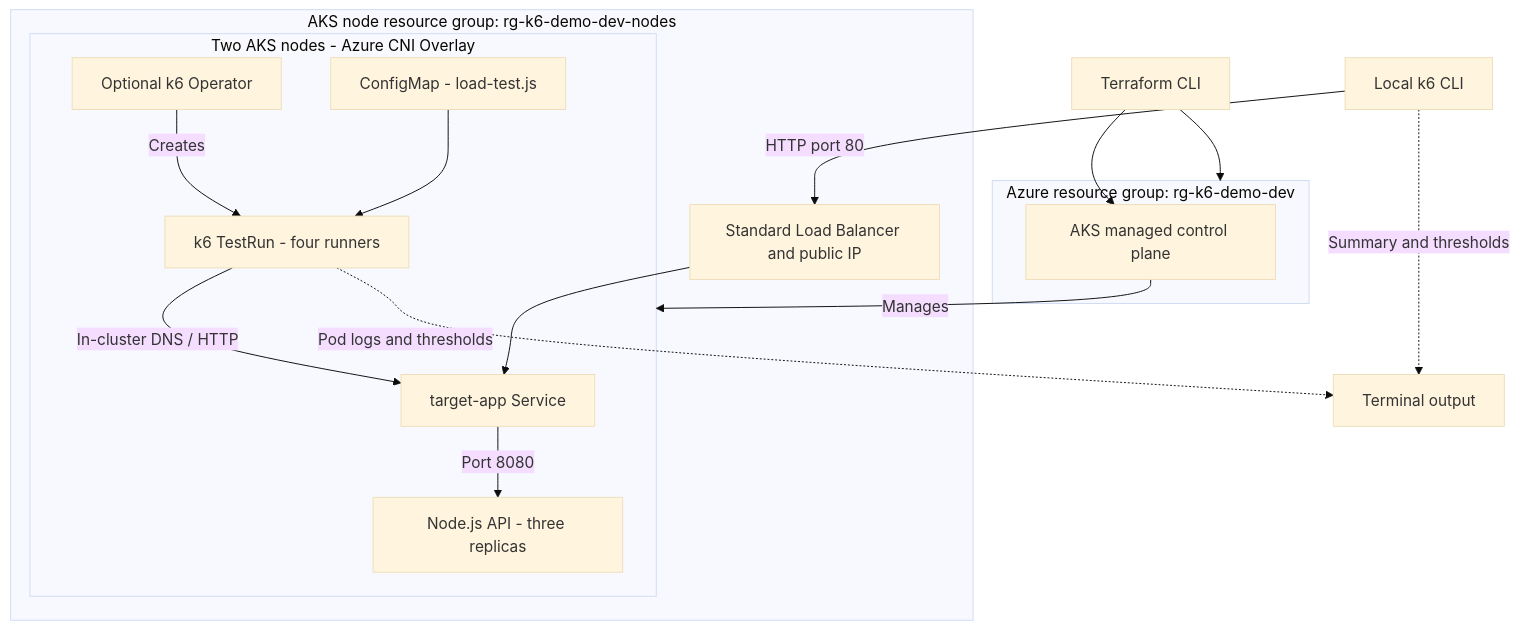
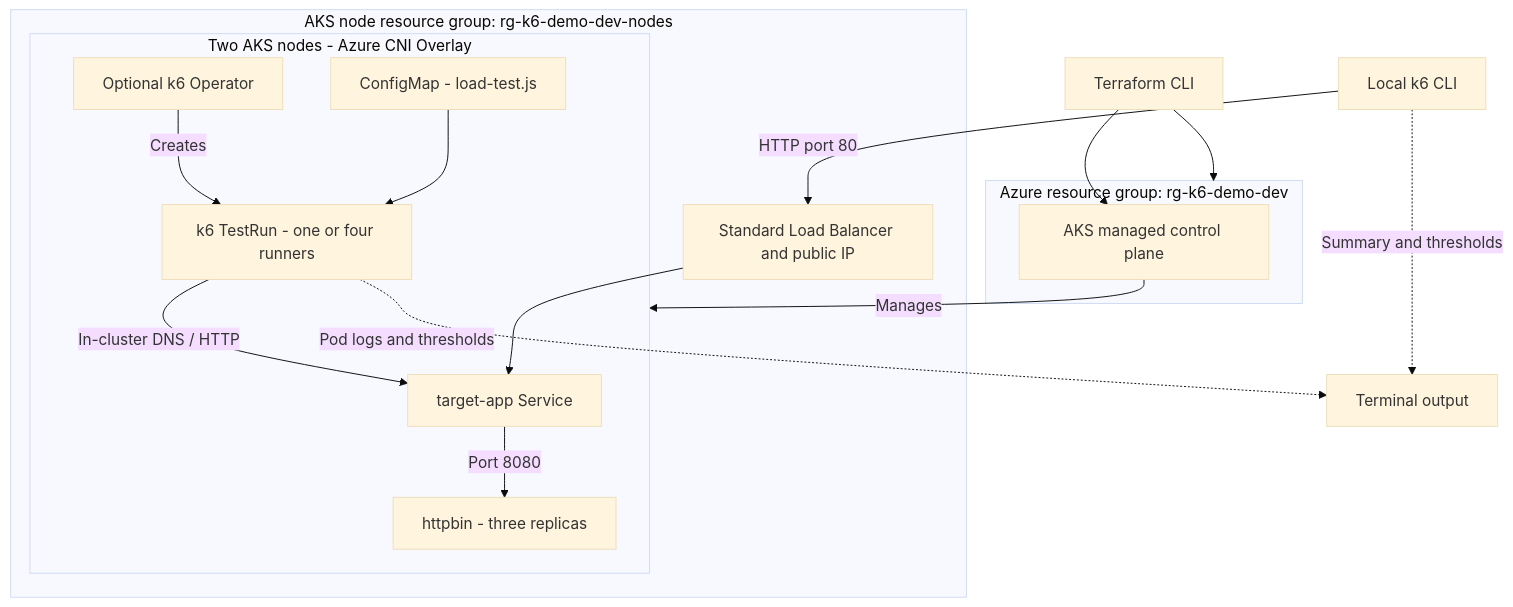
The diagram in AKS-K6-Load-Testing/README.md (kasunsjc/Code-Snippets), drawn with Mermaid (base theme) before and after one commit. The commit also changed other lines of this file and 4 other files, not shown here.

Commit message:
Refactor AKS K6 Load Testing setup: replace Node.js API with httpbin, enhance load test scripts, and update README for clarity and accuracy

````diff
--- a/AKS-K6-Load-Testing/README.md
+++ b/AKS-K6-Load-Testing/README.md
@@ -15,27 +15,27 @@
 ```mermaid
 flowchart TB
   Terraform[Terraform CLI] --> RG
   Terraform --> AKS
   Local[Local k6 CLI] -->|HTTP port 80| LB
   subgraph RG[Azure resource group: rg-k6-demo-dev]
     AKS[AKS managed control plane]
   end
   AKS -->|Manages| Nodes
   subgraph NRG[AKS node resource group: rg-k6-demo-dev-nodes]
     LB[Standard Load Balancer and public IP]
     subgraph Nodes[Two AKS nodes - Azure CNI Overlay]
       Service[target-app Service]
-      API[Node.js API - three replicas]
+      API[httpbin - three replicas]
       Operator[Optional k6 Operator]
-      Runners[k6 TestRun - four runners]
+      Runners[k6 TestRun - one or four runners]
       Config[ConfigMap - load-test.js]
     end
   end
   LB --> Service
   Service -->|Port 8080| API
   Operator -->|Creates| Runners
   Config --> Runners
   Runners -->|In-cluster DNS / HTTP| Service
   Local -.->|Summary and thresholds| Results[Terminal output]
   Runners -.->|Pod logs and thresholds| Results
 ```
````
